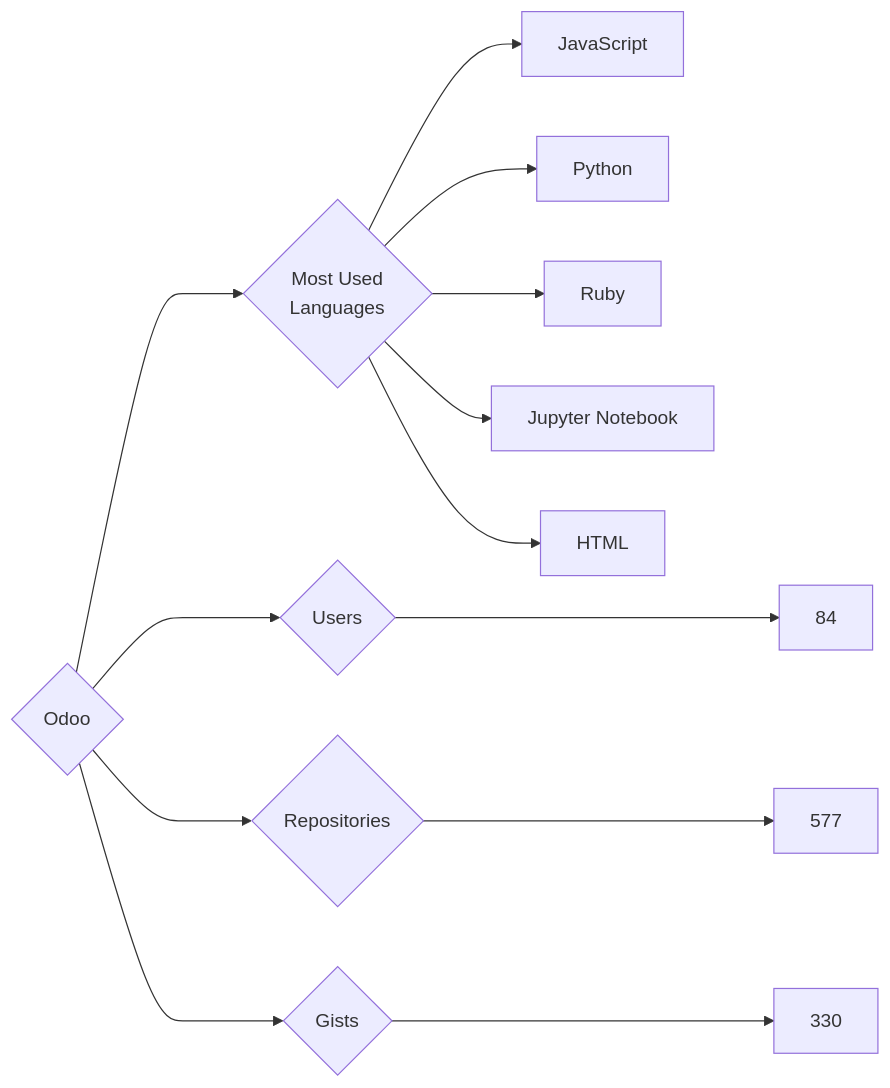
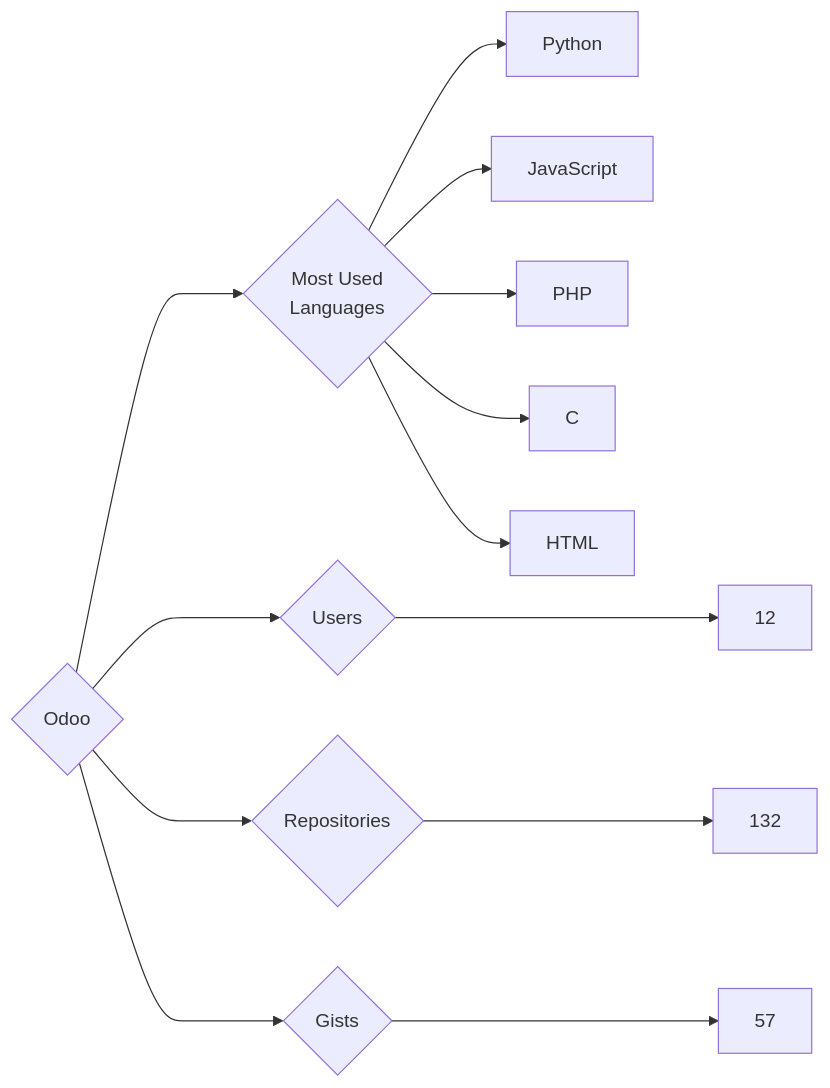
One commit to trickest/insiders changed the diagram in targets/Odoo/README.md. Above: the diagram before and after it, drawn with Mermaid. The commit also changed 748 other files, not shown here.

````diff
--- a/targets/Odoo/README.md
+++ b/targets/Odoo/README.md
@@ -3,13 +3,13 @@
 ```mermaid
 graph LR
 COMPANY_NAME{Odoo}
-COMPANY_NAME ---> U{Users} ---> UN[84]
-COMPANY_NAME ---> R{Repositories} ---> RN[577]
-COMPANY_NAME ---> G{Gists} ---> GN[330]
+COMPANY_NAME ---> U{Users} ---> UN[12]
+COMPANY_NAME ---> R{Repositories} ---> RN[132]
+COMPANY_NAME ---> G{Gists} ---> GN[57]
 COMPANY_NAME ---> ML{Most Used<br>Languages}
+ML --> Python[Python]
 ML --> JavaScript[JavaScript]
-ML --> Python[Python]
-ML --> Ruby[Ruby]
-ML --> Jupyter_Notebook[Jupyter Notebook]
+ML --> PHP[PHP]
+ML --> C[C]
 ML --> HTML[HTML]
 ```
````
